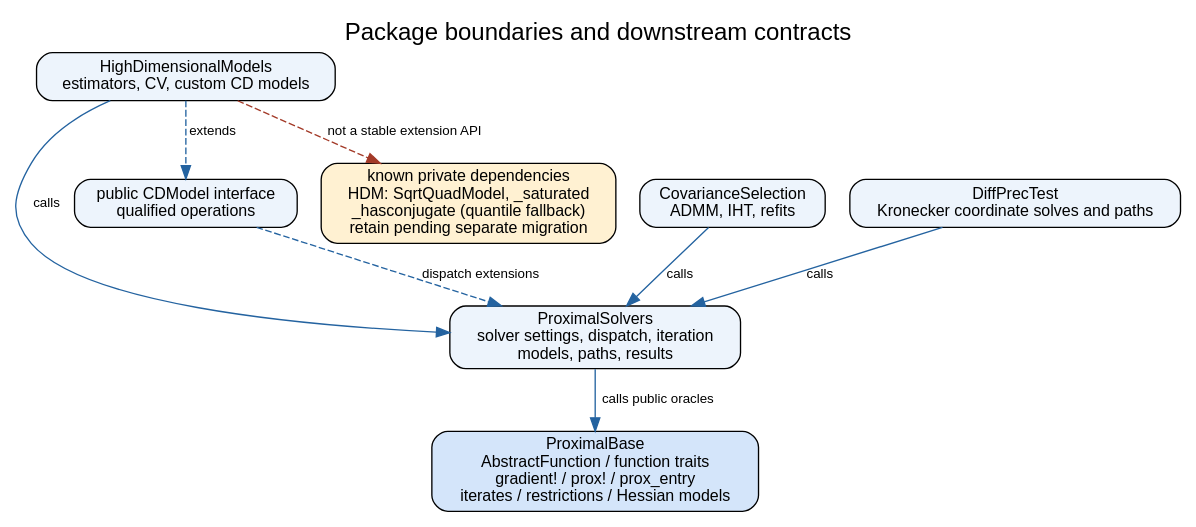
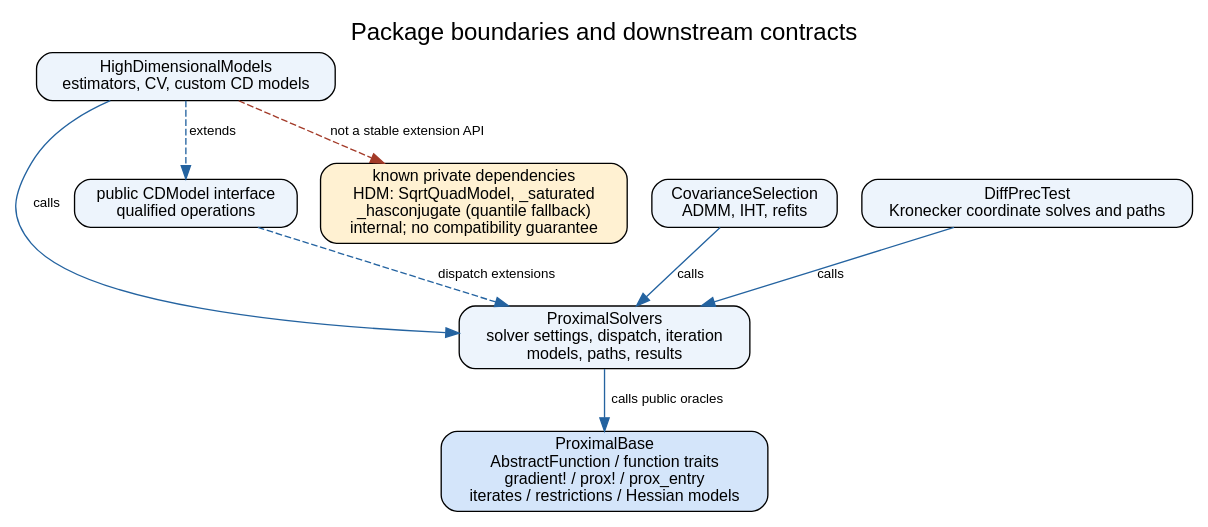
The diagram in docs/architecture/boundaries.dot (mlakolar/ProximalSolvers.jl), drawn with Graphviz before and after one commit. The commit also changed 18 other files, not shown here.

```diff
--- a/docs/architecture/boundaries.dot
+++ b/docs/architecture/boundaries.dot
@@ -1,17 +1,17 @@
 digraph boundaries {
   graph [rankdir=TB, bgcolor="white", label="Package boundaries and downstream contracts", labelloc=t, fontname="Helvetica", fontsize=18];
   node [shape=box, style="rounded,filled", fillcolor="#edf4fc", fontname="Helvetica", fontsize=12];
   edge [fontname="Helvetica", fontsize=10, color="#2463a0"];
   base [label="ProximalBase\nAbstractFunction / function traits\ngradient! / prox! / prox_entry\niterates / restrictions / Hessian models", fillcolor="#d4e5fa"];
   solvers [label="ProximalSolvers\nsolver settings, dispatch, iteration\nmodels, paths, results"];
   model [label="public CDModel interface\nqualified operations"];
   hdm [label="HighDimensionalModels\nestimators, CV, custom CD models"];
   cov [label="CovarianceSelection\nADMM, IHT, refits"];
   diff [label="DiffPrecTest\nKronecker coordinate solves and paths"];
-  private [label="known private dependencies\nHDM: SqrtQuadModel, _saturated\n_hasconjugate (quantile fallback)\nretain pending separate migration", fillcolor="#fff1d2"];
+  private [label="known private dependencies\nHDM: SqrtQuadModel, _saturated\n_hasconjugate (quantile fallback)\ninternal; no compatibility guarantee", fillcolor="#fff1d2"];
   solvers -> base [label="calls public oracles"];
   model -> solvers [style=dashed, label="dispatch extensions"];
   {hdm cov diff} -> solvers [label="calls"];
   hdm -> model [style=dashed, label="extends"];
   hdm -> private [style=dashed, color="#a33a28", label="not a stable extension API"];
 }
```
